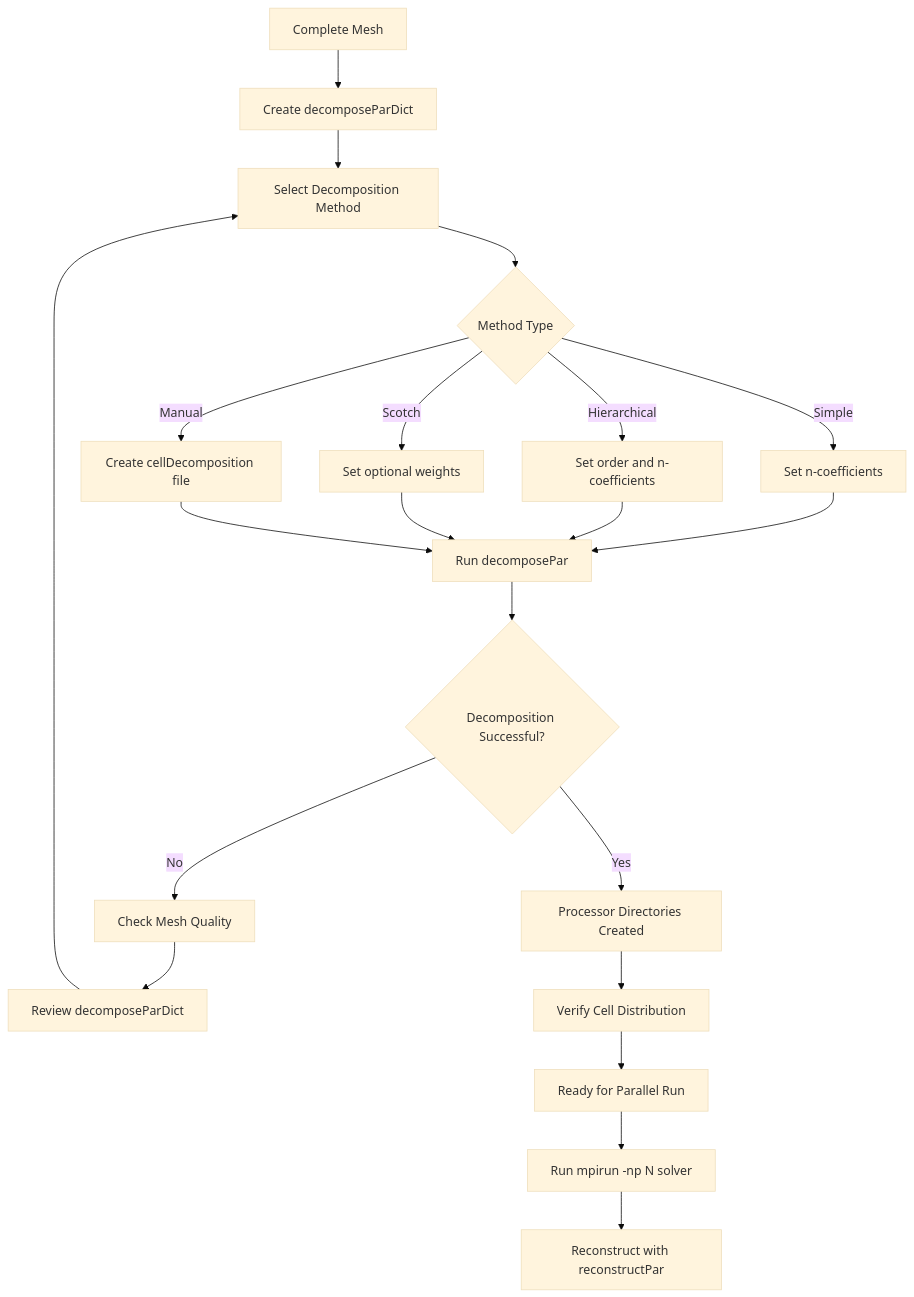
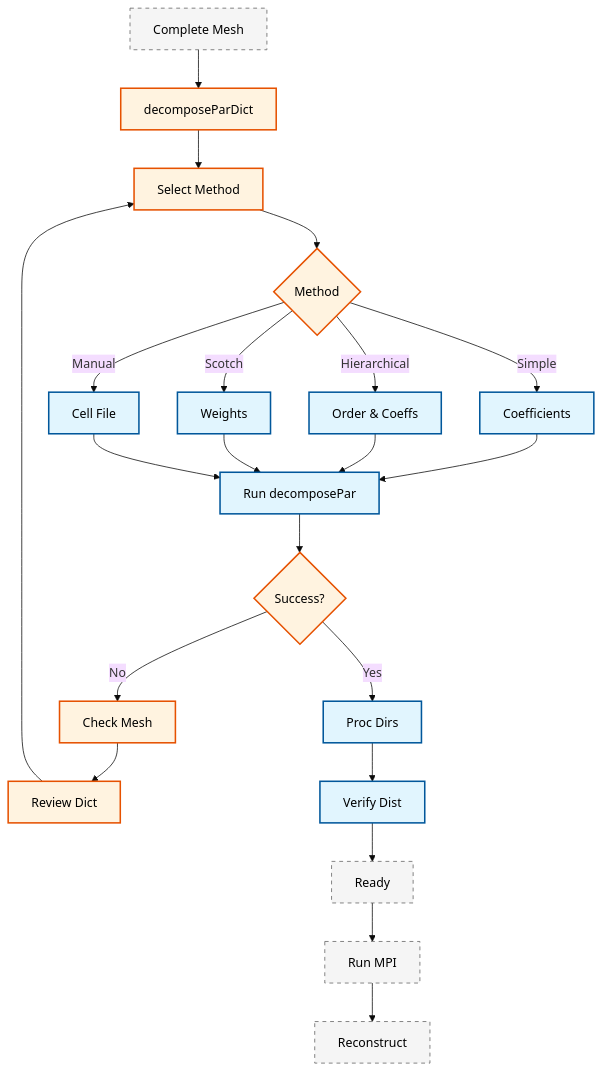
One commit to wramet/build-my-cfd changed the first of 2 diagrams in MODULE_07_UTILITIES_AUTOMATION/CONTENT/06_PARALLEL_COMPUTING/01_Domain_Decomposition.md. Above: the diagram before and after it, drawn with Mermaid (base theme). The commit also changed other lines of this file and 313 other files, not shown here.

Commit message:
Revise all diagram

````diff
--- a/MODULE_07_UTILITIES_AUTOMATION/CONTENT/06_PARALLEL_COMPUTING/01_Domain_Decomposition.md
+++ b/MODULE_07_UTILITIES_AUTOMATION/CONTENT/06_PARALLEL_COMPUTING/01_Domain_Decomposition.md
@@ -616,27 +616,23 @@
 ```mermaid
 flowchart TD
-    A["Complete Mesh"] --> B["Create decomposeParDict"]
-    B --> C["Select Decomposition Method"]
-    C --> D{Method Type}
-
-    D -->|Simple| E["Set n-coefficients"]
-    D -->|Hierarchical| F["Set order and n-coefficients"]
-    D -->|Scotch| G["Set optional weights"]
-    D -->|Manual| H["Create cellDecomposition file"]
-
-    E --> I["Run decomposePar"]
-    F --> I
-    G --> I
-    H --> I
-
-    I --> J{Decomposition Successful?}
-    J -->|No| K["Check Mesh Quality"]
-    K --> L["Review decomposeParDict"]
-    L --> C
-
-    J -->|Yes| M["Processor Directories Created"]
-    M --> N["Verify Cell Distribution"]
-    N --> O["Ready for Parallel Run"]
-    O --> P["Run mpirun -np N solver"]
-    P --> Q["Reconstruct with reconstructPar"]
+classDef implicit fill:#e1f5fe,stroke:#01579b,stroke-width:2px,color:#000
+classDef explicit fill:#fff3e0,stroke:#e65100,stroke-width:2px,color:#000
+classDef context fill:#f5f5f5,stroke:#616161,stroke-width:1px,color:#000,stroke-dasharray: 5 5
+A[Complete Mesh]:::context --> B[decomposeParDict]:::explicit
+B --> C[Select Method]:::explicit
+C --> D{Method}:::explicit
+D -->|Simple| E[Coefficients]:::implicit
+D -->|Hierarchical| F[Order & Coeffs]:::implicit
+D -->|Scotch| G[Weights]:::implicit
+D -->|Manual| H[Cell File]:::implicit
+E & F & G & H --> I[Run decomposePar]:::implicit
+I --> J{Success?}:::explicit
+J -->|No| K[Check Mesh]:::explicit
+K --> L[Review Dict]:::explicit
+L --> C
+J -->|Yes| M[Proc Dirs]:::implicit
+M --> N[Verify Dist]:::implicit
+N --> O[Ready]:::context
+O --> P[Run MPI]:::context
+P --> Q[Reconstruct]:::context
 ```
````
